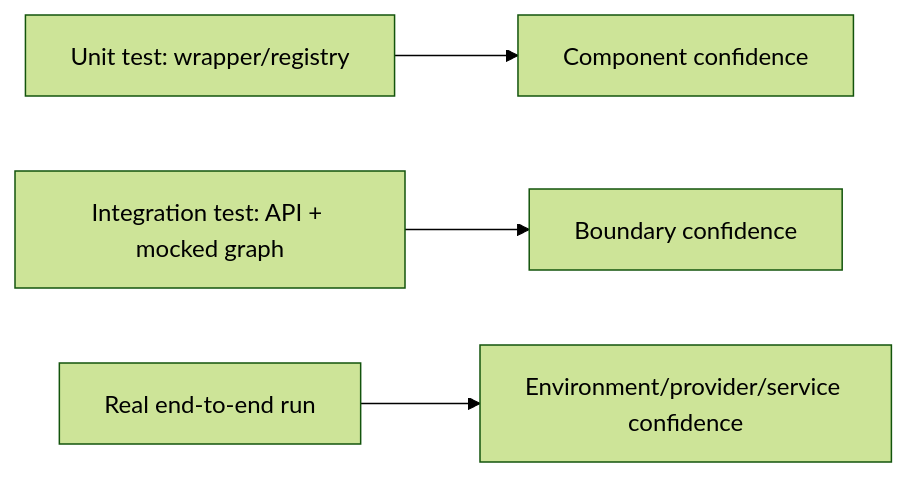
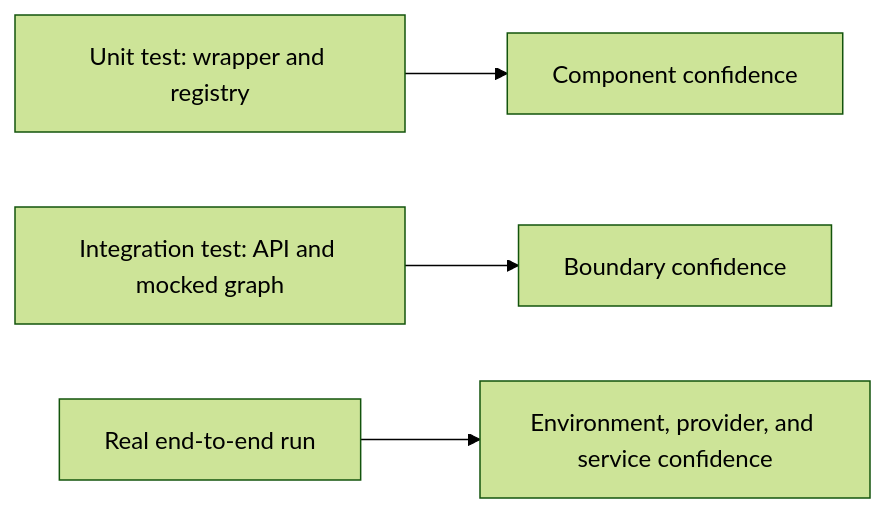
The first of 3 diagrams in docs/book/09-testing-and-operations.md (chamanthmvs/AstroWeave), drawn with Mermaid (forest theme) before and after one commit. The commit also changed other lines of this file and 10 other files, not shown here.

````diff
--- a/docs/book/09-testing-and-operations.md
+++ b/docs/book/09-testing-and-operations.md
@@ -16,6 +16,6 @@
 ```mermaid
 flowchart LR
-    U[Unit test: wrapper/registry] --> C[Component confidence]
-    I[Integration test: API + mocked graph] --> B[Boundary confidence]
-    E[Real end-to-end run] --> X[Environment/provider/service confidence]
+    U["Unit test: wrapper and registry"] --> C["Component confidence"]
+    I["Integration test: API and mocked graph"] --> B["Boundary confidence"]
+    E["Real end-to-end run"] --> X["Environment, provider, and service confidence"]
 ```
````
